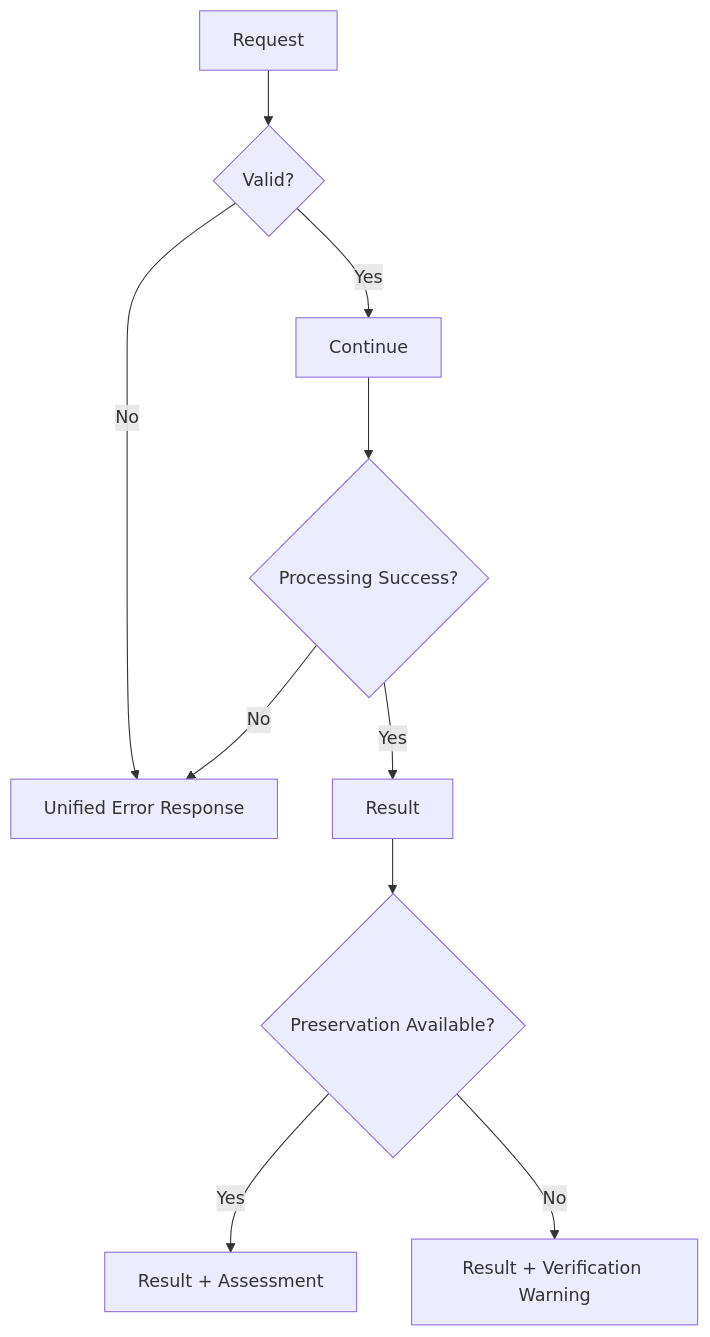
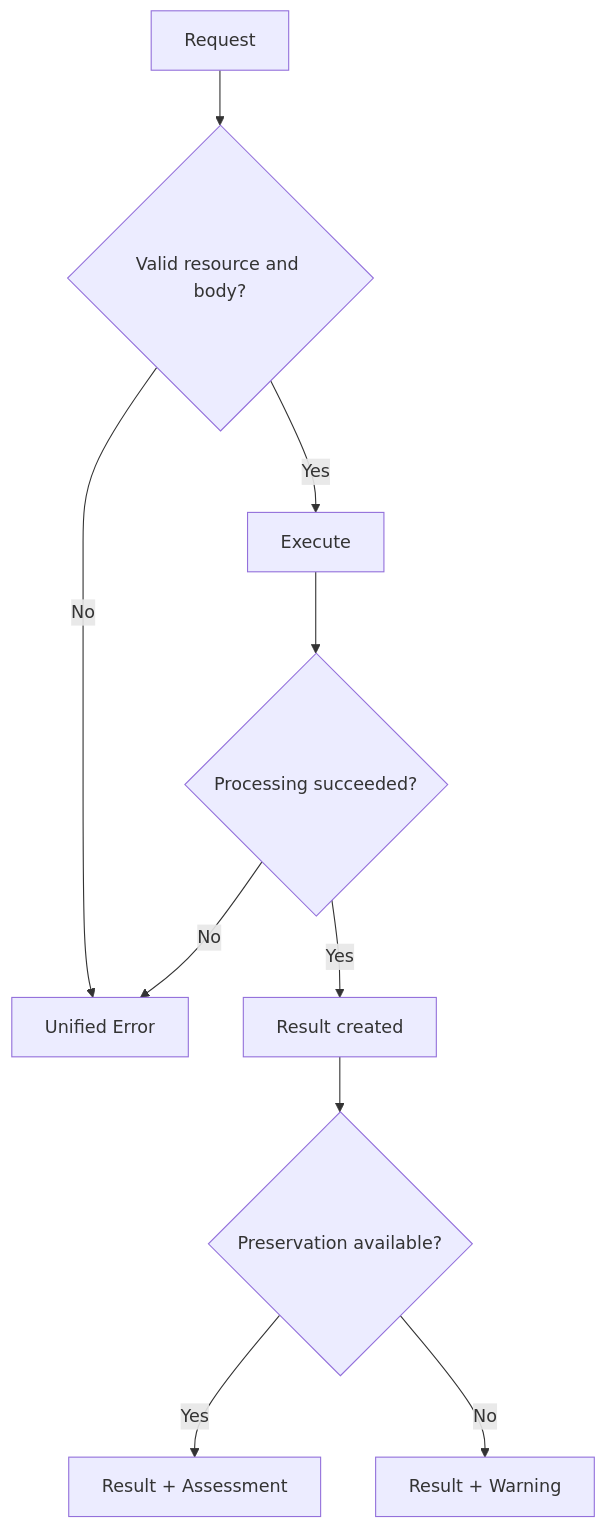
Before and after one commit to Alhareith/manuscript-doctor: diagram 11 of 11 in docs/workflow.md, drawn with Mermaid. The commit also changed other lines of this file and 168 other files, not shown here.

````diff
--- a/docs/workflow.md
+++ b/docs/workflow.md
@@ -625,14 +322,12 @@
-```mermaid id="wf-errors"
+```mermaid
 flowchart TD
-    A["Request"] --> B{"Valid?"}
-    B -->|"No"| C["Unified Error Response"]
-    B -->|"Yes"| D["Continue"]
-
-    D --> E{"Processing Success?"}
-    E -->|"No"| C
-    E -->|"Yes"| F["Result"]
-
-    F --> G{"Preservation Available?"}
+    A["Request"] --> B{"Valid resource and body?"}
+    B -->|"No"| E["Unified Error"]
+    B -->|"Yes"| C["Execute"]
+    C --> D{"Processing succeeded?"}
+    D -->|"No"| E
+    D -->|"Yes"| F["Result created"]
+    F --> G{"Preservation available?"}
     G -->|"Yes"| H["Result + Assessment"]
-    G -->|"No"| I["Result + Verification Warning"]
+    G -->|"No"| I["Result + Warning"]
 ```
````
